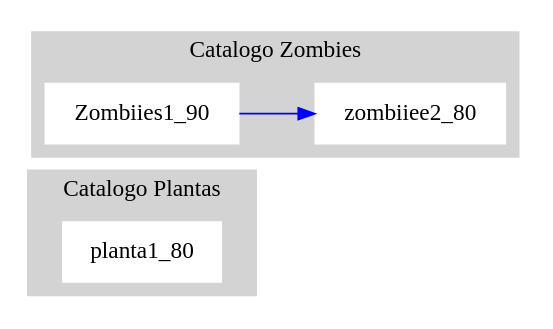
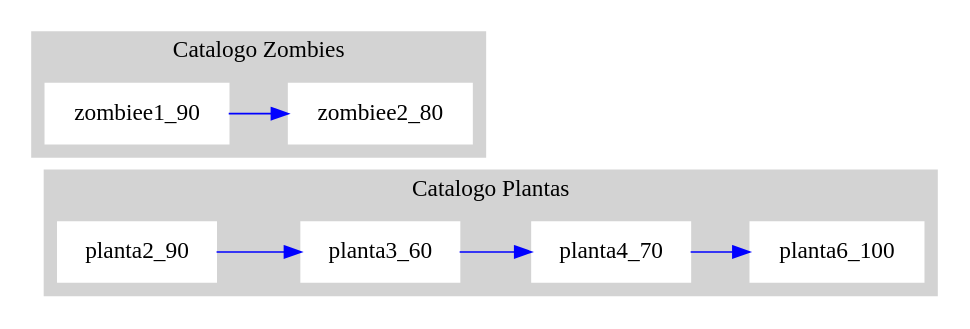
Before and after one commit to cristi1/Practica1s1_201114717: the diagram in src/practica1/catalogos.dot, drawn with Graphviz. The commit also changed 7 other files, not shown here.

```diff
--- a/src/practica1/catalogos.dot
+++ b/src/practica1/catalogos.dot
@@ -1,10 +1,10 @@
 digraph G { node[shape=box, style=filled, color=Gray95]; edge[color=blue]; rankdir=LR
 subgraph cluster0 {style=filled;  color=lightgrey;  node [color=white];
-planta1_80;
+planta2_90;planta2_90 -> planta3_60;planta3_60;planta3_60 -> planta4_70;planta4_70;planta4_70 -> planta6_100;planta6_100;
  label = "Catalogo Plantas";
 } 
 subgraph cluster1 {style=filled;  color=lightgrey;  node [color=white];
-Zombiies1_90;Zombiies1_90 -> zombiiee2_80;zombiiee2_80;
+zombiee1_90;zombiee1_90 -> zombiee2_80;zombiee2_80;
  label = "Catalogo Zombies";
 }
 }
```
